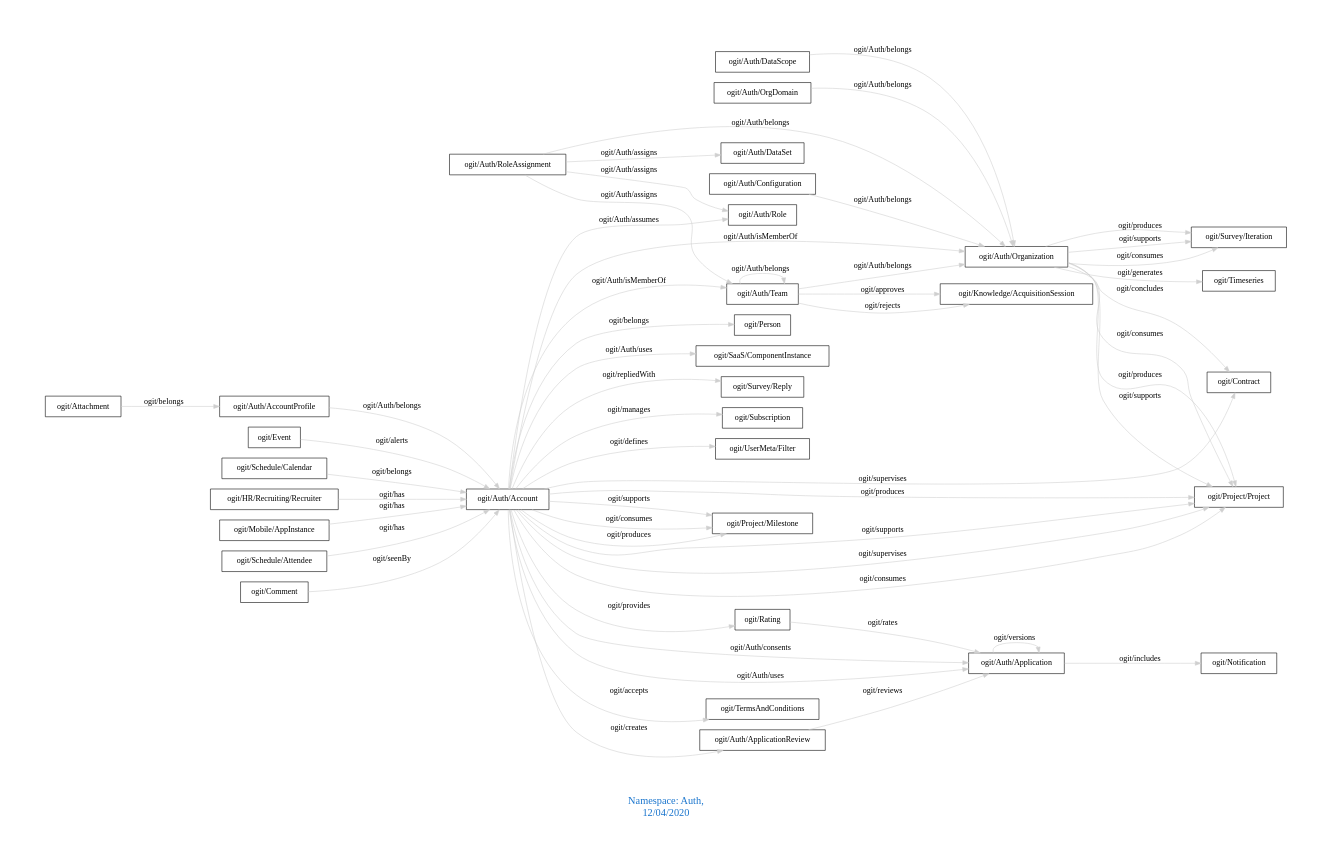
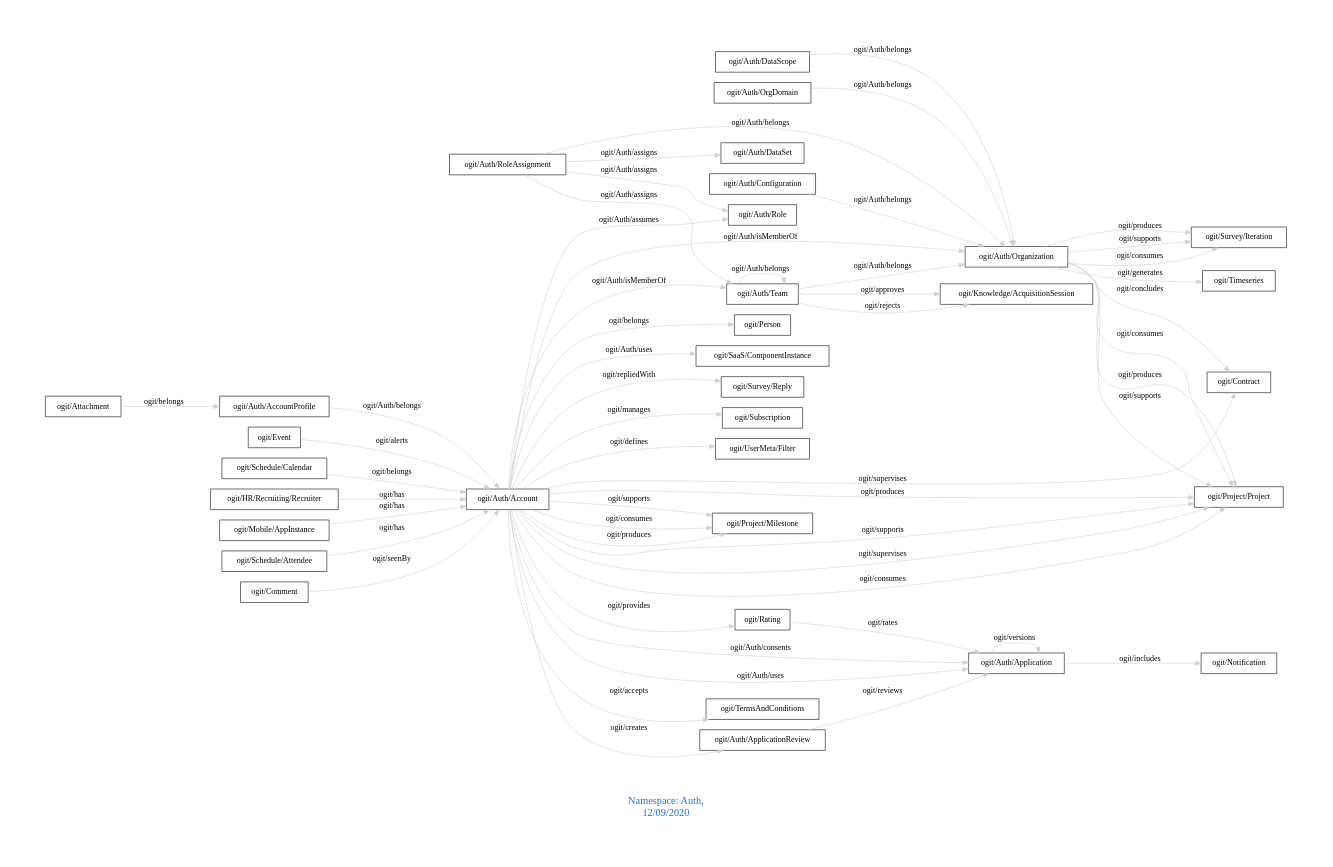
Before and after one commit to arago/OGIT: the diagram in downloads/Auth.dot, drawn with Graphviz. The commit also changed 1822 other files, not shown here.

```diff
--- a/downloads/Auth.dot
+++ b/downloads/Auth.dot
@@ -1,60 +1,60 @@
 digraph OGIT_ontology {
  graph [ rankdir= LR,pad=1 
 fontsize = 18,
-fontcolor= dodgerblue3,label = "\n\n\nNamespace: Auth, \n 12/04/2020"];
+fontcolor= dodgerblue3,label = "\n\n\nNamespace: Auth, \n 12/09/2020"];
 node[shape=polygon];
 edge [  color="gray81"];
 
    "ogit/Auth/Account" -> "ogit/Subscription" [label="   ogit/manages    "];
    "ogit/Auth/Account" -> "ogit/UserMeta/Filter" [label="   ogit/defines    "];
    "ogit/Auth/AccountProfile" -> "ogit/Auth/Account" [label="   ogit/Auth/belongs    "];
    "ogit/Auth/Configuration" -> "ogit/Auth/Organization" [label="   ogit/Auth/belongs    "];
    "ogit/Auth/DataScope" -> "ogit/Auth/Organization" [label="   ogit/Auth/belongs    "];
    "ogit/Auth/OrgDomain" -> "ogit/Auth/Organization" [label="   ogit/Auth/belongs    "];
    "ogit/Auth/RoleAssignment" -> "ogit/Auth/Organization" [label="   ogit/Auth/belongs    "];
    "ogit/Auth/Team" -> "ogit/Auth/Organization" [label="   ogit/Auth/belongs    "];
    "ogit/Auth/Organization" -> "ogit/Contract" [label="   ogit/concludes    "];
    "ogit/Auth/Team" -> "ogit/Knowledge/AcquisitionSession" [label="   ogit/rejects    "];
    "ogit/Auth/Account" -> "ogit/Project/Milestone" [label="   ogit/supports    "];
    "ogit/Auth/Account" -> "ogit/Project/Project" [label="   ogit/supports    "];
    "ogit/Auth/Organization" -> "ogit/Project/Project" [label="   ogit/supports    "];
    "ogit/Auth/Organization" -> "ogit/Survey/Iteration" [label="   ogit/supports    "];
    "ogit/Auth/Account" -> "ogit/Project/Project" [label="   ogit/supervises    "];
    "ogit/Auth/Account" -> "ogit/Contract" [label="   ogit/supervises    "];
    "ogit/Auth/Organization" -> "ogit/Timeseries" [label="   ogit/generates    "];
    "ogit/Auth/Account" -> "ogit/Project/Milestone" [label="   ogit/consumes    "];
    "ogit/Auth/Account" -> "ogit/Project/Project" [label="   ogit/consumes    "];
    "ogit/Auth/Organization" -> "ogit/Project/Project" [label="   ogit/consumes    "];
    "ogit/Auth/Organization" -> "ogit/Survey/Iteration" [label="   ogit/consumes    "];
    "ogit/Auth/Application" -> "ogit/Notification" [label="   ogit/includes    "];
    "ogit/Auth/Account" -> "ogit/Auth/Role" [label="   ogit/Auth/assumes    "];
    "ogit/Auth/Account" -> "ogit/TermsAndConditions" [label="   ogit/accepts    "];
    "ogit/Auth/Account" -> "ogit/Auth/ApplicationReview" [label="   ogit/creates    "];
    "ogit/Auth/Account" -> "ogit/Auth/Application" [label="   ogit/Auth/consents    "];
    "ogit/Auth/RoleAssignment" -> "ogit/Auth/Role" [label="   ogit/Auth/assigns    "];
    "ogit/Auth/RoleAssignment" -> "ogit/Auth/Team" [label="   ogit/Auth/assigns    "];
    "ogit/Auth/RoleAssignment" -> "ogit/Auth/DataSet" [label="   ogit/Auth/assigns    "];
    "ogit/Rating" -> "ogit/Auth/Application" [label="   ogit/rates    "];
    "ogit/Event" -> "ogit/Auth/Account" [label="   ogit/alerts    "];
    "ogit/Auth/ApplicationReview" -> "ogit/Auth/Application" [label="   ogit/reviews    "];
    "ogit/Auth/Account" -> "ogit/Rating" [label="   ogit/provides    "];
    "ogit/Auth/Account" -> "ogit/Project/Milestone" [label="   ogit/produces    "];
    "ogit/Auth/Account" -> "ogit/Project/Project" [label="   ogit/produces    "];
    "ogit/Auth/Organization" -> "ogit/Project/Project" [label="   ogit/produces    "];
    "ogit/Auth/Organization" -> "ogit/Survey/Iteration" [label="   ogit/produces    "];
    "ogit/Auth/Account" -> "ogit/Person" [label="   ogit/belongs    "];
    "ogit/Schedule/Calendar" -> "ogit/Auth/Account" [label="   ogit/belongs    "];
    "ogit/Attachment" -> "ogit/Auth/AccountProfile" [label="   ogit/belongs    "];
    "ogit/Auth/Account" -> "ogit/Auth/Organization" [label="   ogit/Auth/isMemberOf    "];
    "ogit/Auth/Account" -> "ogit/Auth/Team" [label="   ogit/Auth/isMemberOf    "];
    "ogit/Auth/Account" -> "ogit/Auth/Application" [label="   ogit/Auth/uses    "];
    "ogit/Auth/Account" -> "ogit/SaaS/ComponentInstance" [label="   ogit/Auth/uses    "];
    "ogit/Auth/Account" -> "ogit/Survey/Reply" [label="   ogit/repliedWith    "];
    "ogit/Auth/Team" -> "ogit/Knowledge/AcquisitionSession" [label="   ogit/approves    "];
    "ogit/HR/Recruiting/Recruiter" -> "ogit/Auth/Account" [label="   ogit/has    "];
    "ogit/Mobile/AppInstance" -> "ogit/Auth/Account" [label="   ogit/has    "];
    "ogit/Schedule/Attendee" -> "ogit/Auth/Account" [label="   ogit/has    "];
    "ogit/Comment" -> "ogit/Auth/Account" [label="   ogit/seenBy    "];
    "ogit/Auth/Application" -> "ogit/Auth/Application" [label="   ogit/versions    "];
    "ogit/Auth/Team" -> "ogit/Auth/Team" [label="   ogit/Auth/belongs    "];
 }
```
